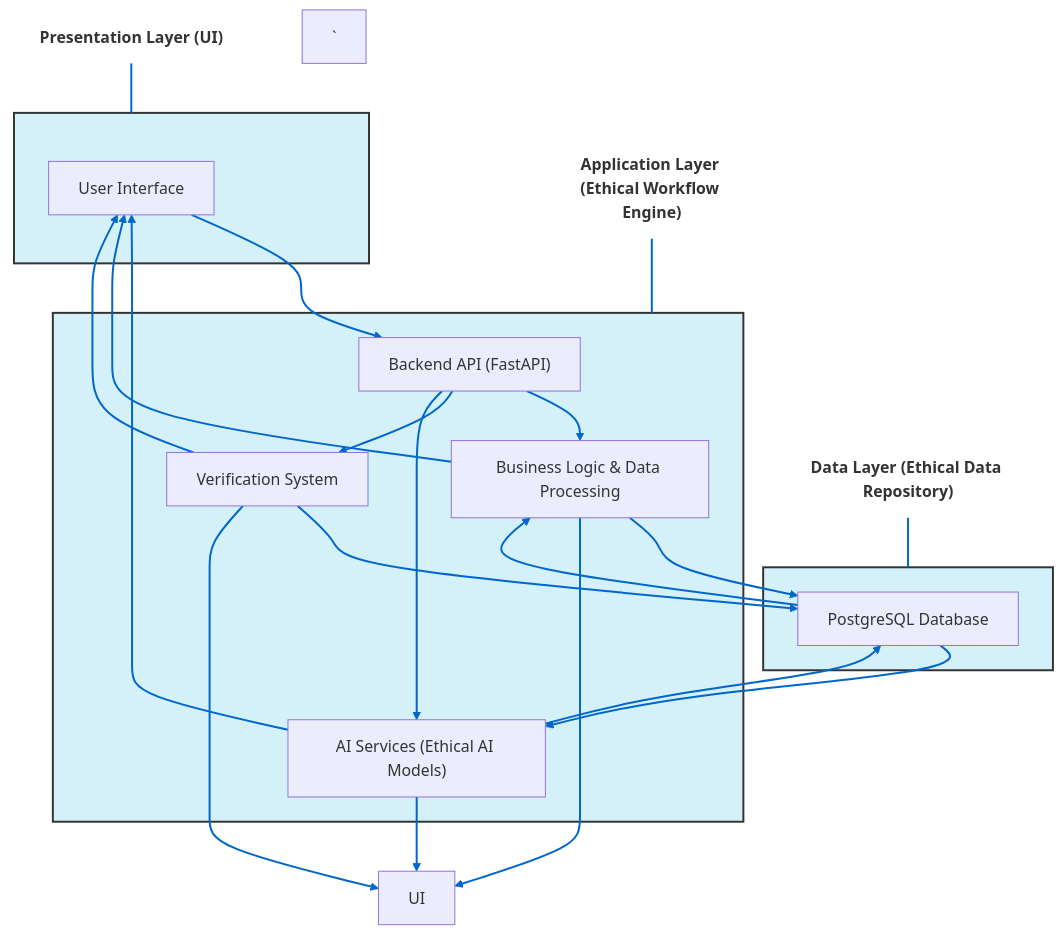
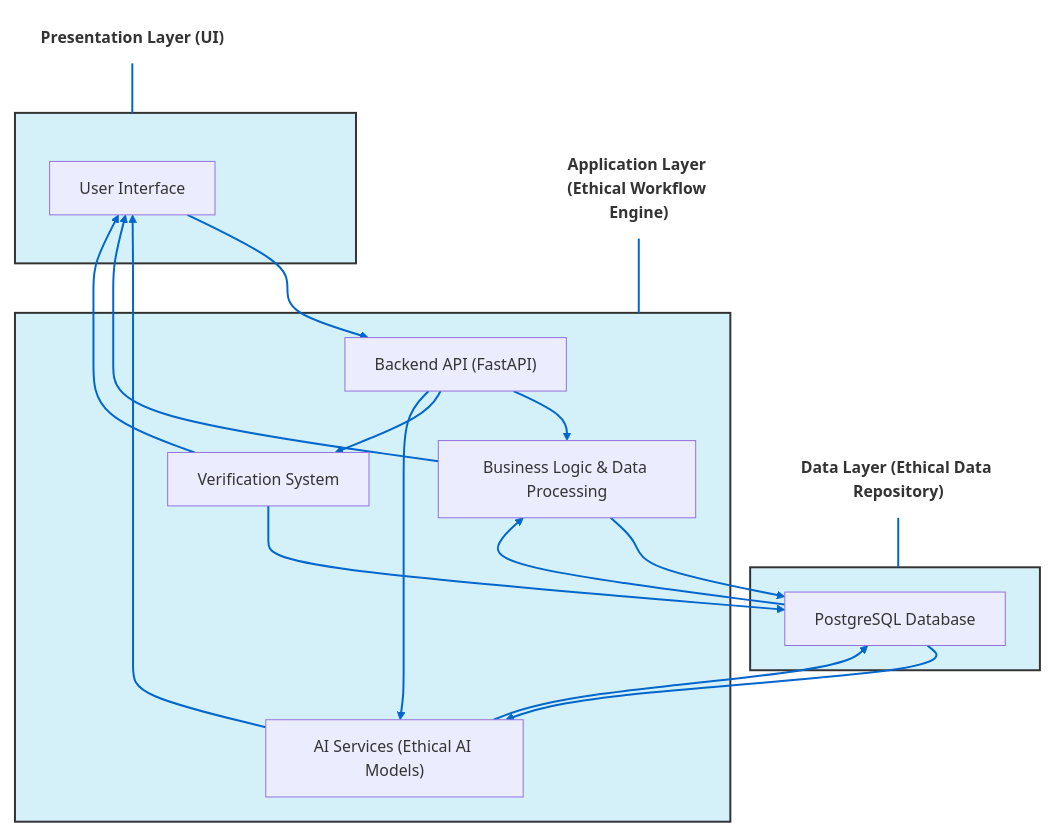
Before and after one commit to EosLumina/--ThinkAlike--: the diagram in docs/core/onboarding_guide.md, drawn with Mermaid. The commit also changed other lines of this file and 19 other files, not shown here.

````diff
--- a/docs/core/onboarding_guide.md
+++ b/docs/core/onboarding_guide.md
@@ -205,62 +123,48 @@
 ```mermaid
 flowchart TB
-    %% Title nodes for each layer that don't participate in connections
+    %% Titles that do not overlap
     title1["Presentation Layer (UI)"]
     title2["Application Layer (Ethical Workflow Engine)"]
     title3["Data Layer (Ethical Data Repository)"]
-    
-    %% Add spacing between sections
+
+    %% Spacing
     title1 ~~~ ui_section
     title2 ~~~ app_section
     title3 ~~~ data_section
-    
+
     subgraph ui_section[" "]
-        UserInterface["User Interface"]
+        UI["User Interface"]
     end
+
     subgraph app_section[" "]
         API["Backend API (FastAPI)"]
         Logic["Business Logic & Data Processing"]
         AI["AI Services (Ethical AI Models)"]
         Verification["Verification System"]
     end
 
     subgraph data_section[" "]
         DB["PostgreSQL Database"]
     end
-    
+
     %% Connections remain the same
-    UserInterface --> API
+    UI --> API
     API --> Logic
     API --> Verification
     API --> AI
     Logic --> DB
     AI --> DB
     Verification --> DB
     DB --> Logic
     DB --> AI
-Logic --> UI
+    Logic --> UI
     AI --> UI
     Verification --> UI
 
     classDef titleClass font-weight:bold,fill:none,stroke:none;
     classDef sectionClass fill:#d4f1f9,stroke:#333,stroke-width:2px,color:#000;
     class title1,title2,title3 titleClass;
     class ui_section,app_section,data_section sectionClass;
 
     linkStyle default stroke:#0066cc,stroke-width:2px;
-`
-
-Logic --> UserInterface
-    AI --> UserInterface
-    Verification --> UserInterface
-    
-    %% Styling
-    classDef titleClass font-weight:bold,fill:none,stroke:none;
-    classDef sectionClass fill:#d4f1f9,stroke:#333,stroke-width:2px;
-    
-    class title1,title2,title3 titleClass;
-    class ui_section,app_section,data_section sectionClass;
-    
-    %% Make connections visible
-    linkStyle default stroke:#0066cc,stroke-width:2px;
 ```
````
